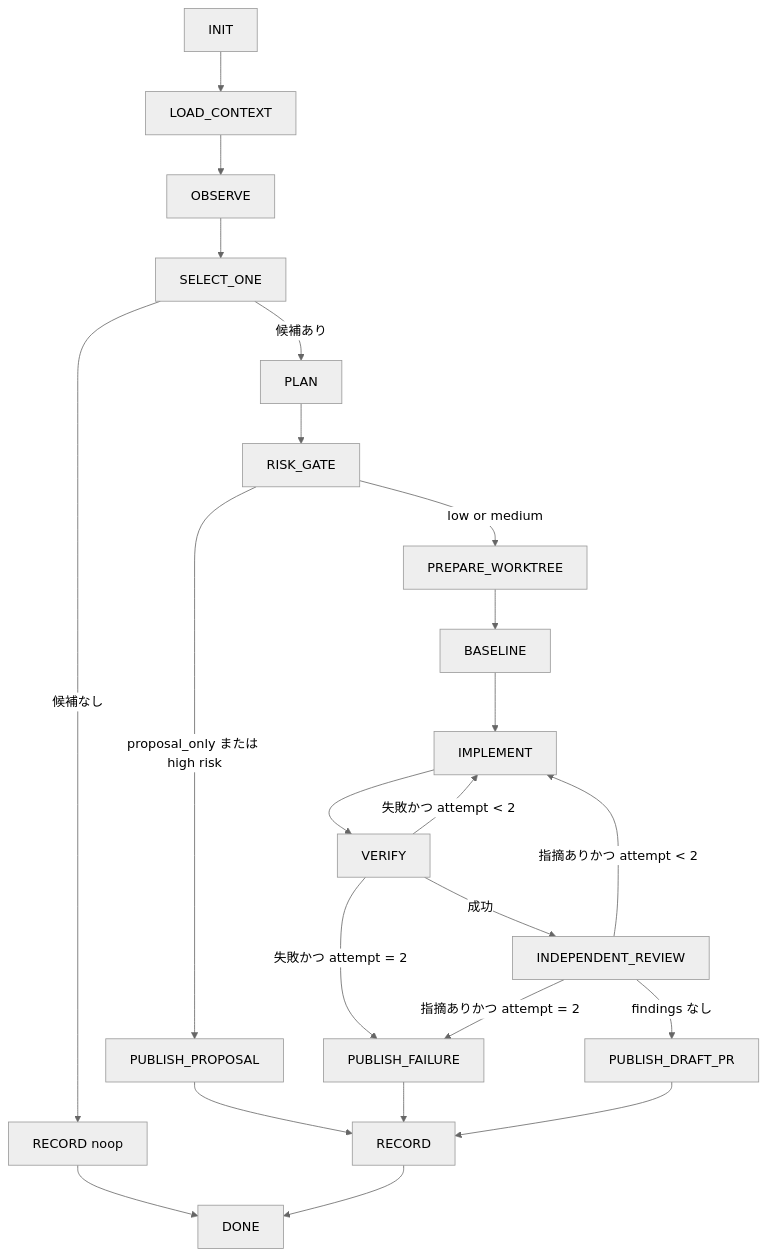
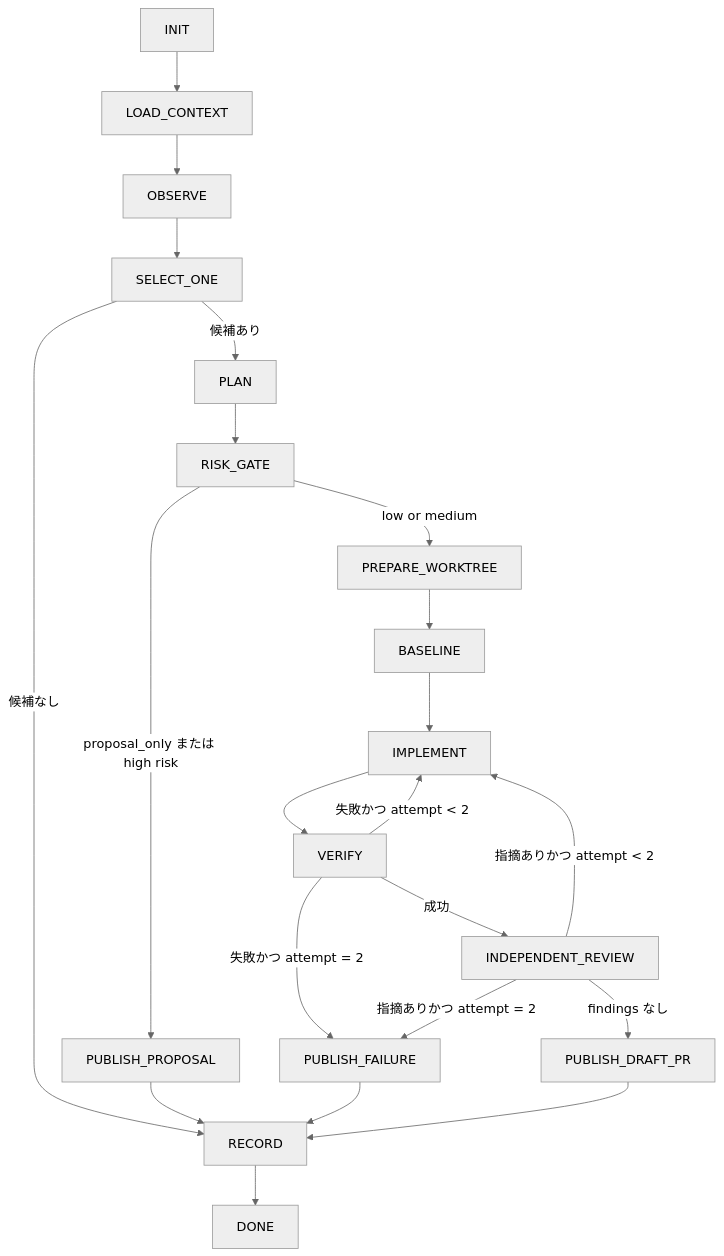
The diagram in plugins/devkit/skills/repo-loop/SKILL.md (murakotaro4/devkit), drawn with Mermaid (neutral theme) before and after one commit. The commit also changed other lines of this file and 1 other file, not shown here.

Commit message:
fix(repo-loop): 全終端の RECORD 経由化・レビュー対象の全ファイル変更化・レビューへの文脈受け渡し

````diff
--- a/plugins/devkit/skills/repo-loop/SKILL.md
+++ b/plugins/devkit/skills/repo-loop/SKILL.md
@@ -101,25 +101,24 @@
 ```mermaid
 flowchart TD
     A[INIT] --> B[LOAD_CONTEXT]
     B --> C[OBSERVE]
     C --> D[SELECT_ONE]
-    D -->|候補なし| N[RECORD noop]
+    D -->|候補なし| R[RECORD]
     D -->|候補あり| E[PLAN]
     E --> F[RISK_GATE]
     F -->|proposal_only または high risk| P[PUBLISH_PROPOSAL]
     F -->|low or medium| G[PREPARE_WORKTREE]
     G --> H[BASELINE]
     H --> I[IMPLEMENT]
     I --> J[VERIFY]
     J -->|失敗かつ attempt < 2| I
     J -->|失敗かつ attempt = 2| Q[PUBLISH_FAILURE]
     J -->|成功| K[INDEPENDENT_REVIEW]
     K -->|指摘ありかつ attempt < 2| I
     K -->|指摘ありかつ attempt = 2| Q
     K -->|findings なし| L[PUBLISH_DRAFT_PR]
-    P --> R[RECORD]
+    P --> R
     Q --> R
     L --> R
-    N --> S[DONE]
-    R --> S
+    R --> S[DONE]
 ```
````
